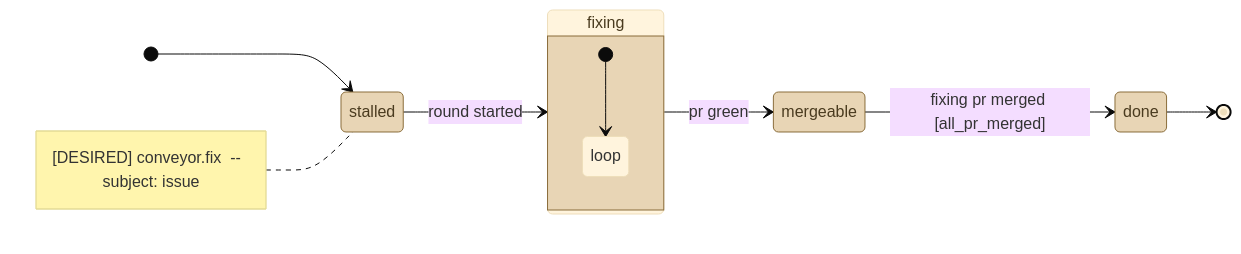
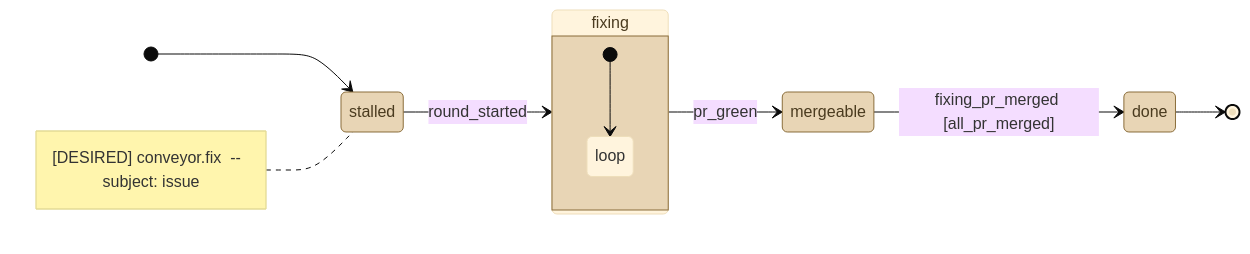
Before and after one commit to kostiantyn-matsebora/agent-ops-operator: the diagram in .github/conveyor-model/mermaid/desired/conveyor_fix.mmd, drawn with Mermaid (base theme). The commit also changed 4 other files, not shown here.

```diff
--- a/.github/conveyor-model/mermaid/desired/conveyor_fix.mmd
+++ b/.github/conveyor-model/mermaid/desired/conveyor_fix.mmd
@@ -1,21 +1,21 @@
 stateDiagram-v2
     direction LR
     [*] --> stalled
     note left of stalled
         [DESIRED] conveyor.fix  --  subject: issue
     end note
     classDef stationState fill:#e8d5b5,stroke:#8a6d3b,color:#4a3b1f
     classDef loopState fill:#c9e4de,stroke:#2f6b5e,color:#1a3b33
     state stalled
     state fixing
     state mergeable
     state done
-    stalled --> fixing : round started
-    fixing --> mergeable : pr green
-    mergeable --> done : fixing pr merged [all_pr_merged]
+    stalled --> fixing : round_started
+    fixing --> mergeable : pr_green
+    mergeable --> done : fixing_pr_merged [all_pr_merged]
     done --> [*]
     class stalled, fixing, mergeable, done stationState
     state fixing {
         [*] --> loop
         state "loop" as loop
     }
```
